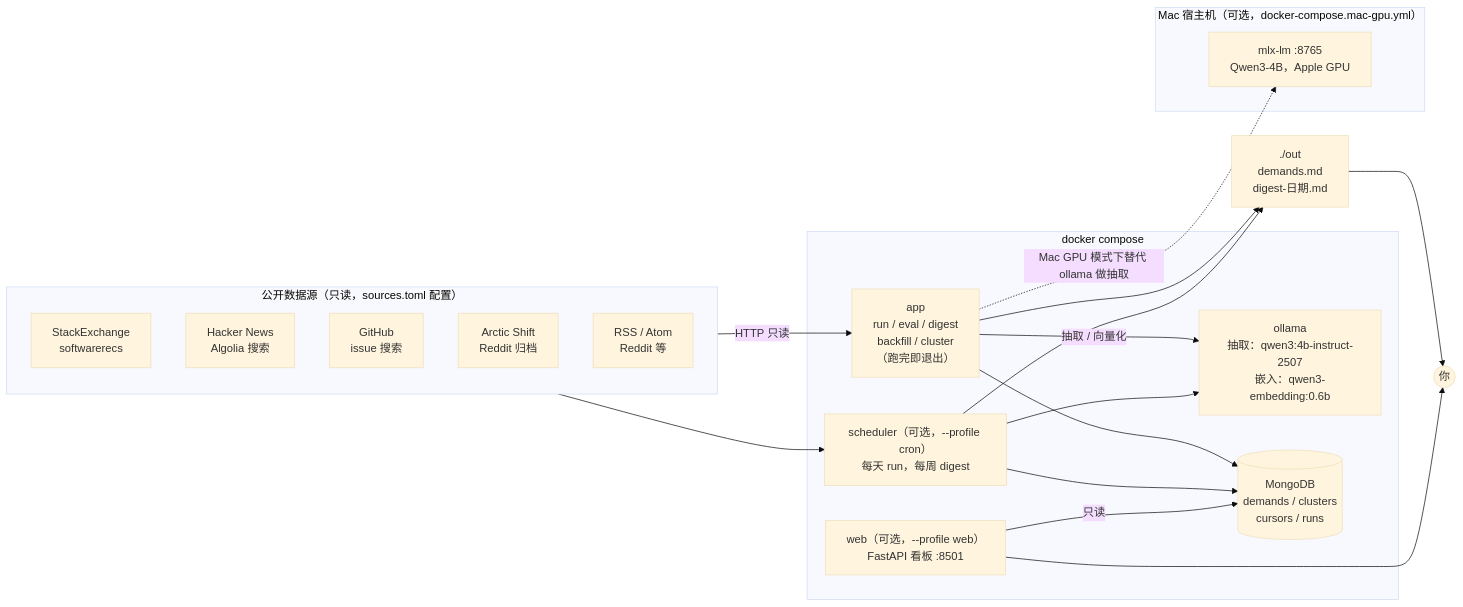
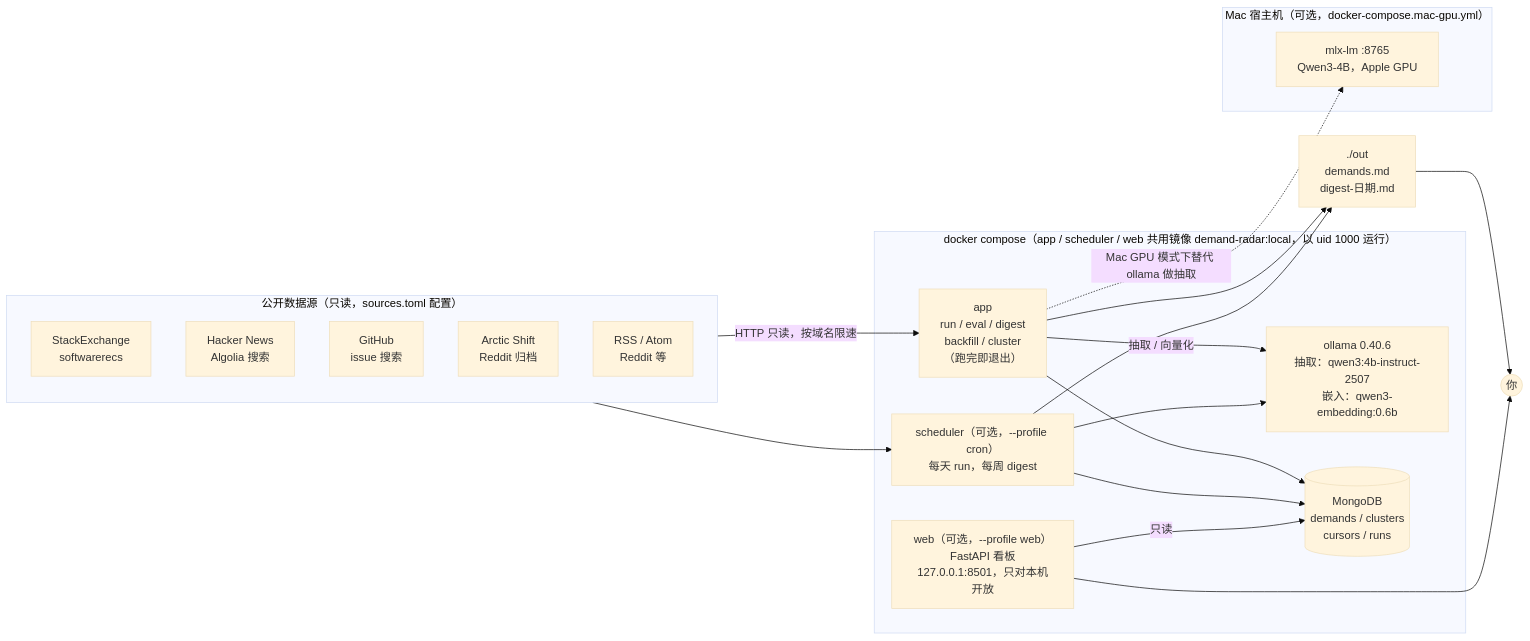
One commit to nanmuyao-tools/see changed the first of 4 diagrams in demand-radar/docs/architecture.md. Above: the diagram before and after it, drawn with Mermaid (base theme). The commit also changed other lines of this file and 8 other files, not shown here.

First line of the commit message:
release: demand-radar v1.0.0，架构图按 v1.0.0 重画

````diff
--- a/demand-radar/docs/architecture.md
+++ b/demand-radar/docs/architecture.md
@@ -19,38 +19,38 @@
 ```mermaid
 flowchart LR
     subgraph EXT["公开数据源（只读，sources.toml 配置）"]
         SE["StackExchange<br/>softwarerecs"]
         HN["Hacker News<br/>Algolia 搜索"]
         GH["GitHub<br/>issue 搜索"]
         AS["Arctic Shift<br/>Reddit 归档"]
         RSS["RSS / Atom<br/>Reddit 等"]
     end
 
-    subgraph DC["docker compose"]
+    subgraph DC["docker compose（app / scheduler / web 共用镜像 demand-radar:local，以 uid 1000 运行）"]
         APP["app<br/>run / eval / digest<br/>backfill / cluster<br/>（跑完即退出）"]
         SCH["scheduler（可选，--profile cron）<br/>每天 run，每周 digest"]
-        WEB["web（可选，--profile web）<br/>FastAPI 看板 :8501"]
-        OLL["ollama<br/>抽取：qwen3:4b-instruct-2507<br/>嵌入：qwen3-embedding:0.6b"]
+        WEB["web（可选，--profile web）<br/>FastAPI 看板<br/>127.0.0.1:8501，只对本机开放"]
+        OLL["ollama 0.40.6<br/>抽取：qwen3:4b-instruct-2507<br/>嵌入：qwen3-embedding:0.6b"]
         MDB[("MongoDB<br/>demands / clusters<br/>cursors / runs")]
     end
 
     subgraph HOST["Mac 宿主机（可选，docker-compose.mac-gpu.yml）"]
         MLX["mlx-lm :8765<br/>Qwen3-4B，Apple GPU"]
     end
 
     OUT["./out<br/>demands.md<br/>digest-日期.md"]
     USER(("你"))
 
-    EXT -->|HTTP 只读| APP
+    EXT -->|HTTP 只读，按域名限速| APP
     EXT --> SCH
     APP -->|抽取 / 向量化| OLL
     SCH --> OLL
     APP -.->|Mac GPU 模式下替代 ollama 做抽取| MLX
     APP --> MDB
     SCH --> MDB
     WEB -->|只读| MDB
     APP --> OUT
     SCH --> OUT
     OUT --> USER
     WEB --> USER
 ```
````
